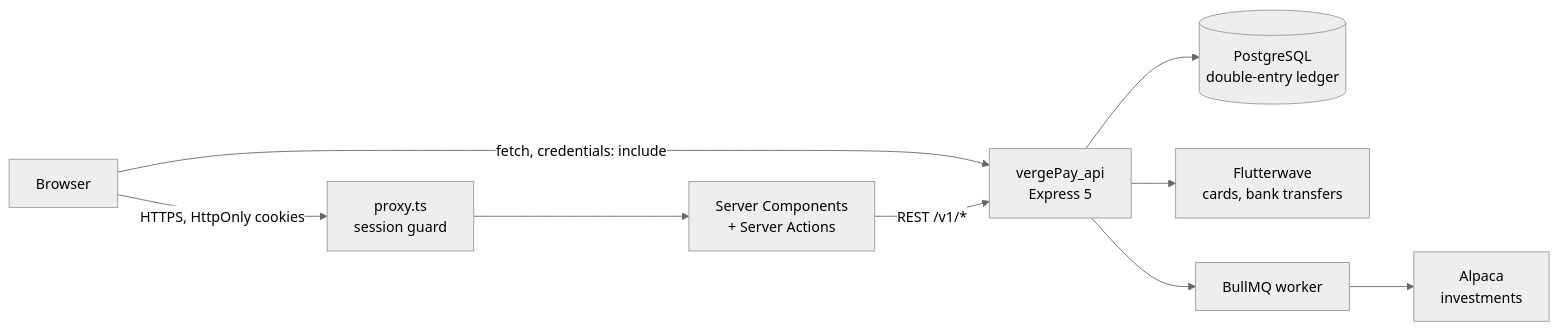
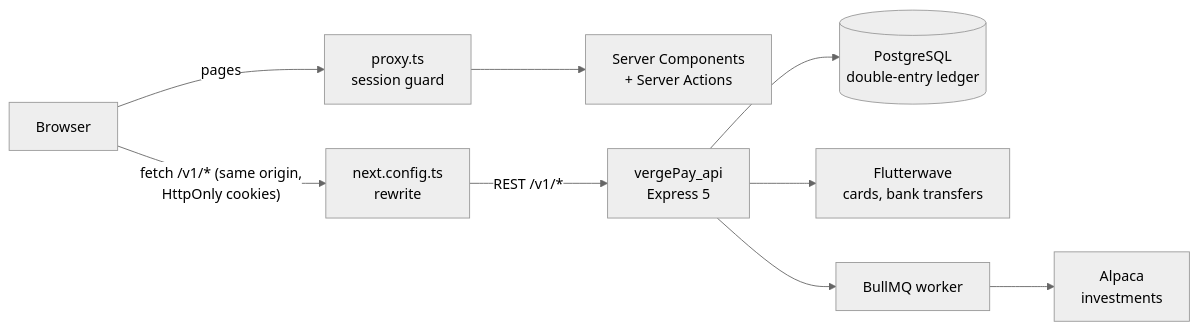
Before and after one commit to dunascode-prog/vergePay_ui: the first of 2 diagrams in README.md, drawn with Mermaid (neutral theme). The commit also changed other lines of this file and 16 other files, not shown here.

````diff
--- a/README.md
+++ b/README.md
@@ -118,10 +125,10 @@
 ```mermaid
 flowchart LR
-    B["Browser"] -->|"HTTPS, HttpOnly cookies"| P["proxy.ts<br/>session guard"]
+    B["Browser"] -->|"pages"| P["proxy.ts<br/>session guard"]
     P --> RSC["Server Components<br/>+ Server Actions"]
-    B -->|"fetch, credentials: include"| API
-    RSC -->|"REST /v1/*"| API["vergePay_api<br/>Express 5"]
+    B -->|"fetch /v1/* (same origin,<br/>HttpOnly cookies)"| RW["next.config.ts<br/>rewrite"]
+    RW -->|"REST /v1/*"| API["vergePay_api<br/>Express 5"]
     API --> DB[("PostgreSQL<br/>double-entry ledger")]
     API --> FLW["Flutterwave<br/>cards, bank transfers"]
     API --> W["BullMQ worker"] --> ALP["Alpaca<br/>investments"]
 ```
````
